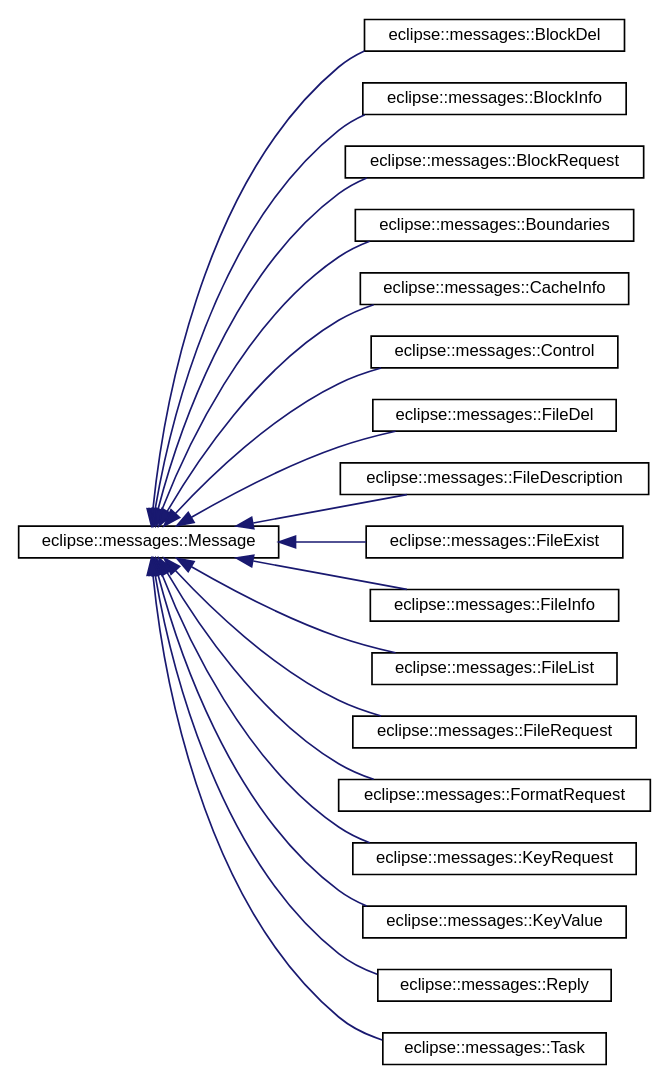
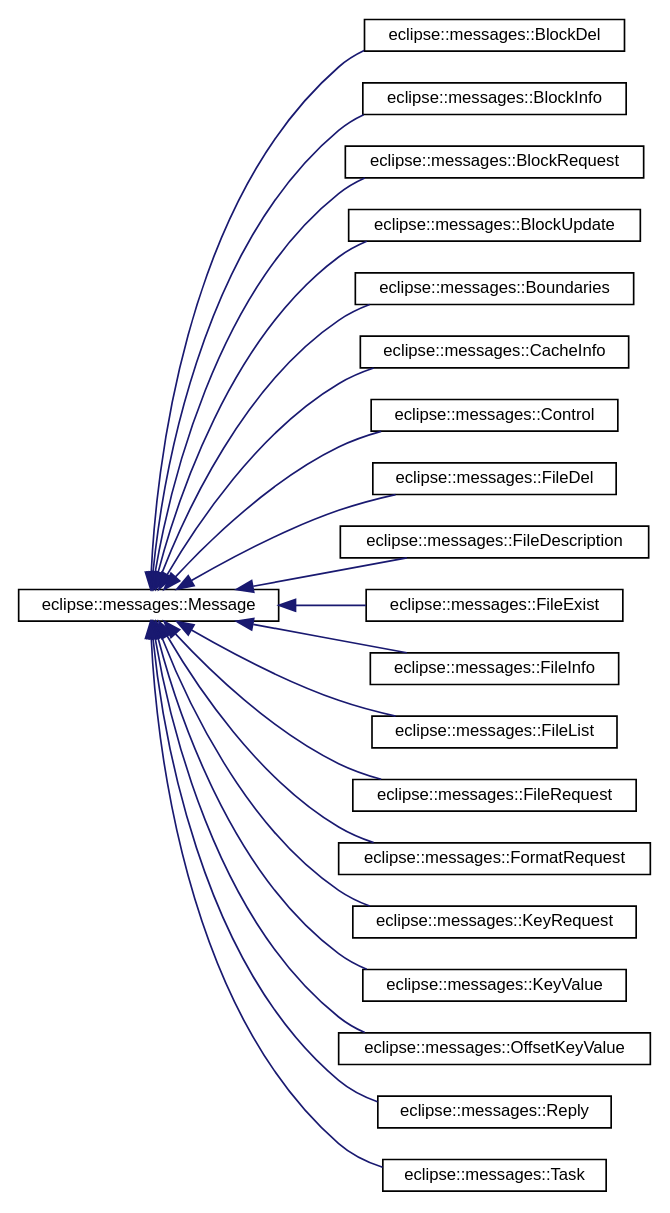
Before and after one commit to DICL/VeloxDFS: the diagram in inherit_graph_6.dot, drawn with Graphviz. The commit also changed 165 other files, not shown here.

```diff
--- a/inherit_graph_6.dot
+++ b/inherit_graph_6.dot
@@ -1,41 +1,45 @@
 digraph G
 {
   edge [fontname="Helvetica",fontsize="10",labelfontname="Helvetica",labelfontsize="10"];
   node [fontname="Helvetica",fontsize="10",shape=record];
   rankdir="LR";
   Node1 [label="eclipse::messages::Message",height=0.2,width=0.4,color="black", fillcolor="white", style="filled",URL="$structeclipse_1_1messages_1_1Message.html"];
   Node1 -> Node2 [dir="back",color="midnightblue",fontsize="10",style="solid",fontname="Helvetica"];
   Node2 [label="eclipse::messages::BlockDel",height=0.2,width=0.4,color="black", fillcolor="white", style="filled",URL="$structeclipse_1_1messages_1_1BlockDel.html"];
   Node1 -> Node3 [dir="back",color="midnightblue",fontsize="10",style="solid",fontname="Helvetica"];
   Node3 [label="eclipse::messages::BlockInfo",height=0.2,width=0.4,color="black", fillcolor="white", style="filled",URL="$structeclipse_1_1messages_1_1BlockInfo.html"];
   Node1 -> Node4 [dir="back",color="midnightblue",fontsize="10",style="solid",fontname="Helvetica"];
   Node4 [label="eclipse::messages::BlockRequest",height=0.2,width=0.4,color="black", fillcolor="white", style="filled",URL="$structeclipse_1_1messages_1_1BlockRequest.html"];
   Node1 -> Node5 [dir="back",color="midnightblue",fontsize="10",style="solid",fontname="Helvetica"];
-  Node5 [label="eclipse::messages::Boundaries",height=0.2,width=0.4,color="black", fillcolor="white", style="filled",URL="$structeclipse_1_1messages_1_1Boundaries.html"];
+  Node5 [label="eclipse::messages::BlockUpdate",height=0.2,width=0.4,color="black", fillcolor="white", style="filled",URL="$structeclipse_1_1messages_1_1BlockUpdate.html"];
   Node1 -> Node6 [dir="back",color="midnightblue",fontsize="10",style="solid",fontname="Helvetica"];
-  Node6 [label="eclipse::messages::CacheInfo",height=0.2,width=0.4,color="black", fillcolor="white", style="filled",URL="$structeclipse_1_1messages_1_1CacheInfo.html"];
+  Node6 [label="eclipse::messages::Boundaries",height=0.2,width=0.4,color="black", fillcolor="white", style="filled",URL="$structeclipse_1_1messages_1_1Boundaries.html"];
   Node1 -> Node7 [dir="back",color="midnightblue",fontsize="10",style="solid",fontname="Helvetica"];
-  Node7 [label="eclipse::messages::Control",height=0.2,width=0.4,color="black", fillcolor="white", style="filled",URL="$structeclipse_1_1messages_1_1Control.html"];
+  Node7 [label="eclipse::messages::CacheInfo",height=0.2,width=0.4,color="black", fillcolor="white", style="filled",URL="$structeclipse_1_1messages_1_1CacheInfo.html"];
   Node1 -> Node8 [dir="back",color="midnightblue",fontsize="10",style="solid",fontname="Helvetica"];
-  Node8 [label="eclipse::messages::FileDel",height=0.2,width=0.4,color="black", fillcolor="white", style="filled",URL="$structeclipse_1_1messages_1_1FileDel.html"];
+  Node8 [label="eclipse::messages::Control",height=0.2,width=0.4,color="black", fillcolor="white", style="filled",URL="$structeclipse_1_1messages_1_1Control.html"];
   Node1 -> Node9 [dir="back",color="midnightblue",fontsize="10",style="solid",fontname="Helvetica"];
-  Node9 [label="eclipse::messages::FileDescription",height=0.2,width=0.4,color="black", fillcolor="white", style="filled",URL="$structeclipse_1_1messages_1_1FileDescription.html"];
+  Node9 [label="eclipse::messages::FileDel",height=0.2,width=0.4,color="black", fillcolor="white", style="filled",URL="$structeclipse_1_1messages_1_1FileDel.html"];
   Node1 -> Node10 [dir="back",color="midnightblue",fontsize="10",style="solid",fontname="Helvetica"];
-  Node10 [label="eclipse::messages::FileExist",height=0.2,width=0.4,color="black", fillcolor="white", style="filled",URL="$structeclipse_1_1messages_1_1FileExist.html"];
+  Node10 [label="eclipse::messages::FileDescription",height=0.2,width=0.4,color="black", fillcolor="white", style="filled",URL="$structeclipse_1_1messages_1_1FileDescription.html"];
   Node1 -> Node11 [dir="back",color="midnightblue",fontsize="10",style="solid",fontname="Helvetica"];
-  Node11 [label="eclipse::messages::FileInfo",height=0.2,width=0.4,color="black", fillcolor="white", style="filled",URL="$structeclipse_1_1messages_1_1FileInfo.html"];
+  Node11 [label="eclipse::messages::FileExist",height=0.2,width=0.4,color="black", fillcolor="white", style="filled",URL="$structeclipse_1_1messages_1_1FileExist.html"];
   Node1 -> Node12 [dir="back",color="midnightblue",fontsize="10",style="solid",fontname="Helvetica"];
-  Node12 [label="eclipse::messages::FileList",height=0.2,width=0.4,color="black", fillcolor="white", style="filled",URL="$structeclipse_1_1messages_1_1FileList.html"];
+  Node12 [label="eclipse::messages::FileInfo",height=0.2,width=0.4,color="black", fillcolor="white", style="filled",URL="$structeclipse_1_1messages_1_1FileInfo.html"];
   Node1 -> Node13 [dir="back",color="midnightblue",fontsize="10",style="solid",fontname="Helvetica"];
-  Node13 [label="eclipse::messages::FileRequest",height=0.2,width=0.4,color="black", fillcolor="white", style="filled",URL="$structeclipse_1_1messages_1_1FileRequest.html"];
+  Node13 [label="eclipse::messages::FileList",height=0.2,width=0.4,color="black", fillcolor="white", style="filled",URL="$structeclipse_1_1messages_1_1FileList.html"];
   Node1 -> Node14 [dir="back",color="midnightblue",fontsize="10",style="solid",fontname="Helvetica"];
-  Node14 [label="eclipse::messages::FormatRequest",height=0.2,width=0.4,color="black", fillcolor="white", style="filled",URL="$structeclipse_1_1messages_1_1FormatRequest.html"];
+  Node14 [label="eclipse::messages::FileRequest",height=0.2,width=0.4,color="black", fillcolor="white", style="filled",URL="$structeclipse_1_1messages_1_1FileRequest.html"];
   Node1 -> Node15 [dir="back",color="midnightblue",fontsize="10",style="solid",fontname="Helvetica"];
-  Node15 [label="eclipse::messages::KeyRequest",height=0.2,width=0.4,color="black", fillcolor="white", style="filled",URL="$structeclipse_1_1messages_1_1KeyRequest.html"];
+  Node15 [label="eclipse::messages::FormatRequest",height=0.2,width=0.4,color="black", fillcolor="white", style="filled",URL="$structeclipse_1_1messages_1_1FormatRequest.html"];
   Node1 -> Node16 [dir="back",color="midnightblue",fontsize="10",style="solid",fontname="Helvetica"];
-  Node16 [label="eclipse::messages::KeyValue",height=0.2,width=0.4,color="black", fillcolor="white", style="filled",URL="$structeclipse_1_1messages_1_1KeyValue.html"];
+  Node16 [label="eclipse::messages::KeyRequest",height=0.2,width=0.4,color="black", fillcolor="white", style="filled",URL="$structeclipse_1_1messages_1_1KeyRequest.html"];
   Node1 -> Node17 [dir="back",color="midnightblue",fontsize="10",style="solid",fontname="Helvetica"];
-  Node17 [label="eclipse::messages::Reply",height=0.2,width=0.4,color="black", fillcolor="white", style="filled",URL="$structeclipse_1_1messages_1_1Reply.html"];
+  Node17 [label="eclipse::messages::KeyValue",height=0.2,width=0.4,color="black", fillcolor="white", style="filled",URL="$structeclipse_1_1messages_1_1KeyValue.html"];
   Node1 -> Node18 [dir="back",color="midnightblue",fontsize="10",style="solid",fontname="Helvetica"];
-  Node18 [label="eclipse::messages::Task",height=0.2,width=0.4,color="black", fillcolor="white", style="filled",URL="$structeclipse_1_1messages_1_1Task.html"];
+  Node18 [label="eclipse::messages::OffsetKeyValue",height=0.2,width=0.4,color="black", fillcolor="white", style="filled",URL="$structeclipse_1_1messages_1_1OffsetKeyValue.html"];
+  Node1 -> Node19 [dir="back",color="midnightblue",fontsize="10",style="solid",fontname="Helvetica"];
+  Node19 [label="eclipse::messages::Reply",height=0.2,width=0.4,color="black", fillcolor="white", style="filled",URL="$structeclipse_1_1messages_1_1Reply.html"];
+  Node1 -> Node20 [dir="back",color="midnightblue",fontsize="10",style="solid",fontname="Helvetica"];
+  Node20 [label="eclipse::messages::Task",height=0.2,width=0.4,color="black", fillcolor="white", style="filled",URL="$structeclipse_1_1messages_1_1Task.html"];
 }
```
